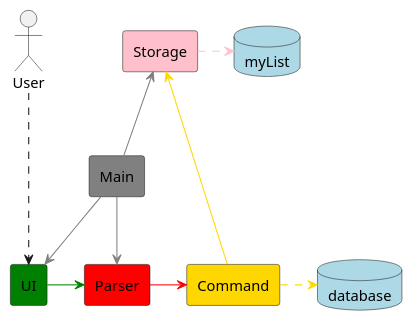
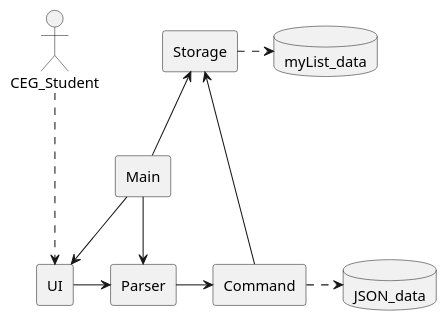
The diagram in docs/diagrams/ArchitectureDiagram.puml (nus-cs2113-AY2425S1/tp), drawn with PlantUML before and after one commit. The commit also changed 1 other file, not shown here.

Commit message:
Fix the architecture diagram

```diff
--- a/docs/diagrams/ArchitectureDiagram.puml
+++ b/docs/diagrams/ArchitectureDiagram.puml
@@ -1,28 +1,28 @@
 @startuml
 
 skinparam componentStyle rectangle
 
-actor User
-database myList #lightblue
-database database #lightblue
+actor CEG_Student
+database myList_data
+database JSON_data
 
-component UI #green
-component Parser #red
-component Main #gray
-component Storage #pink
-component Command #gold
+component UI
+component Parser
+component Main
+component Storage
+component Command
 
-User -down.-> UI
-UI -[#green]right-> Parser
+CEG_Student -down.-> UI
+UI -right-> Parser
 
-Main -[#gray]down-> Parser
-Main -[#gray]down-> UI
-Main -[#gray]up-> Storage
+Main -down-> Parser
+Main -down-> UI
+Main -up-> Storage
 
-Command -[#gold]down-> Storage
-Parser -[#red]right-> Command
+Command -down-> Storage
+Parser -right-> Command
 
-Command -[#gold]right.-> database
-Storage -[#pink]right.-> myList
+Command -right.-> JSON_data
+Storage -right.-> myList_data
 
 @enduml
```
